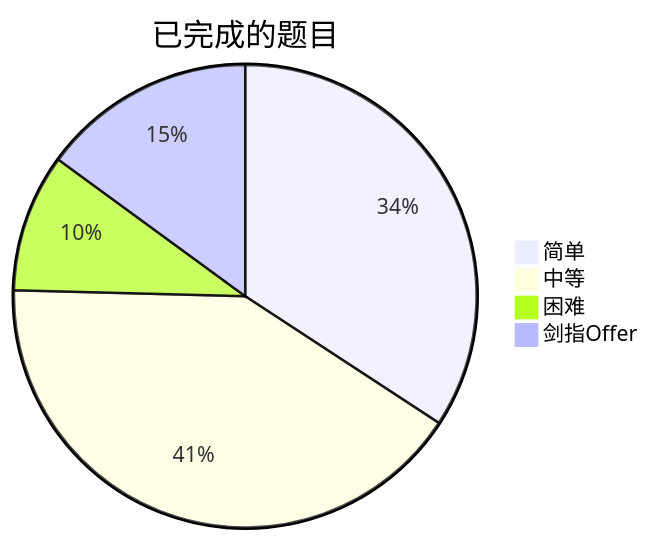
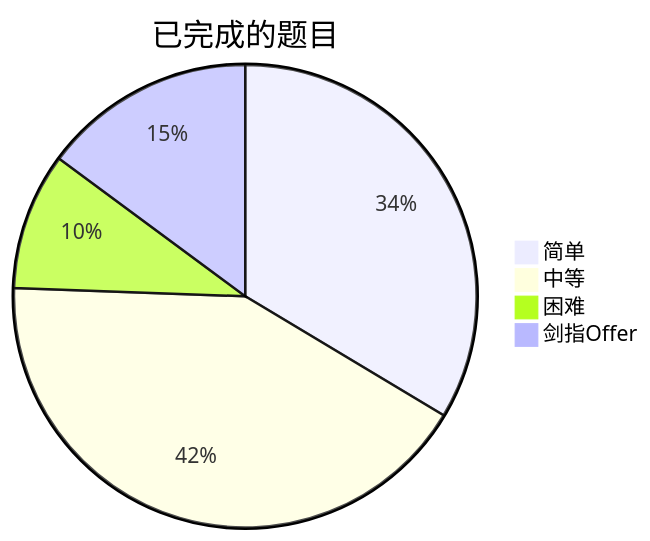
One commit to kaisa911/LeetCode changed the diagram in README.md. Above: the diagram before and after it, drawn with Mermaid. The commit also changed other lines of this file and 20 other files, not shown here.

````diff
--- a/README.md
+++ b/README.md
@@ -9,7 +9,7 @@
 ```mermaid
 pie title 已完成的题目
-    "简单" : 167
-    "中等" : 201
+    "简单" : 165
+    "中等" : 206
     "困难" : 47
     "剑指Offer" : 73
 ```
````
